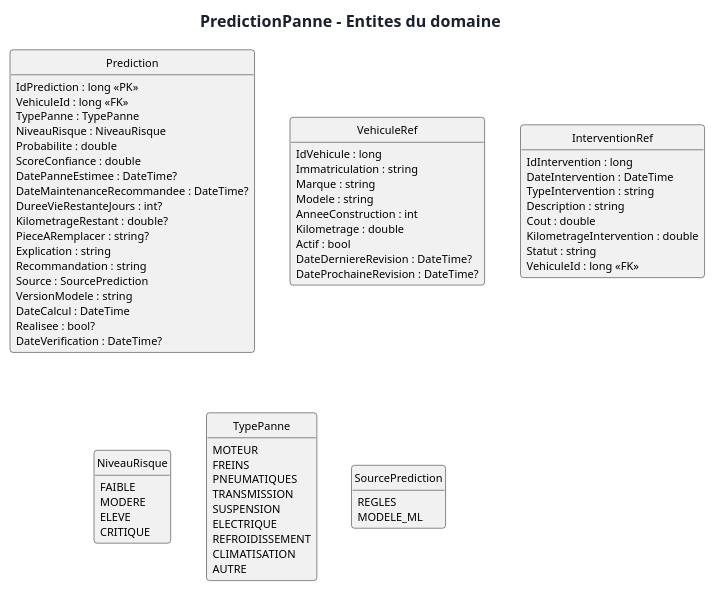
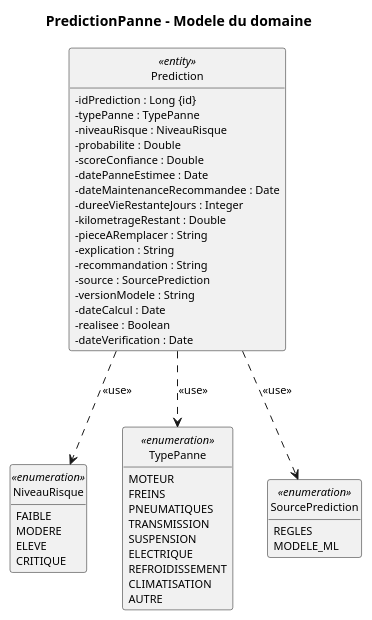
One commit to saber-barhoumi/Xpark-gmao changed the diagram in docs/diagrams/microservices/PredictionPanne/PredictionPanne-entities.puml. Above: the diagram before and after it, drawn with PlantUML. The commit also changed 37 other files, not shown here.

First line of the commit message:
docs(uml): correctifs semantiques sur les diagrammes des microservices

```diff
--- a/docs/diagrams/microservices/PredictionPanne/PredictionPanne-entities.puml
+++ b/docs/diagrams/microservices/PredictionPanne/PredictionPanne-entities.puml
@@ -1,83 +1,58 @@
 @startuml
 skinparam style strictuml
-skinparam backgroundColor #FFFFFF
+skinparam packageStyle rectangle
+skinparam classAttributeIconSize 0
 skinparam shadowing false
 skinparam defaultFontName Verdana
 skinparam defaultFontSize 11
-skinparam roundCorner 6
-skinparam ArrowColor #4A5568
-skinparam TitleFontSize 16
-skinparam TitleFontColor #1A202C
-skinparam NoteBackgroundColor #FFF8DC
-skinparam NoteBorderColor #D6BF7A
-skinparam componentStyle rectangle
+skinparam backgroundColor #FFFFFF
+hide empty members
 
-title PredictionPanne - Entites du domaine
+title PredictionPanne - Modele du domaine
 
-hide empty methods
-skinparam linetype ortho
-
-entity "Prediction" as Prediction {
-  IdPrediction : long <<PK>>
-  VehiculeId : long <<FK>>
-  TypePanne : TypePanne
-  NiveauRisque : NiveauRisque
-  Probabilite : double
-  ScoreConfiance : double
-  DatePanneEstimee : DateTime?
-  DateMaintenanceRecommandee : DateTime?
-  DureeVieRestanteJours : int?
-  KilometrageRestant : double?
-  PieceARemplacer : string?
-  Explication : string
-  Recommandation : string
-  Source : SourcePrediction
-  VersionModele : string
-  DateCalcul : DateTime
-  Realisee : bool?
-  DateVerification : DateTime?
+class Prediction <<entity>> {
+  -idPrediction : Long {id}
+  -typePanne : TypePanne
+  -niveauRisque : NiveauRisque
+  -probabilite : Double
+  -scoreConfiance : Double
+  -datePanneEstimee : Date
+  -dateMaintenanceRecommandee : Date
+  -dureeVieRestanteJours : Integer
+  -kilometrageRestant : Double
+  -pieceARemplacer : String
+  -explication : String
+  -recommandation : String
+  -source : SourcePrediction
+  -versionModele : String
+  -dateCalcul : Date
+  -realisee : Boolean
+  -dateVerification : Date
 }
-entity "VehiculeRef" as VehiculeRef {
-  IdVehicule : long
-  Immatriculation : string
-  Marque : string
-  Modele : string
-  AnneeConstruction : int
-  Kilometrage : double
-  Actif : bool
-  DateDerniereRevision : DateTime?
-  DateProchaineRevision : DateTime?
-}
-entity "InterventionRef" as InterventionRef {
-  IdIntervention : long
-  DateIntervention : DateTime
-  TypeIntervention : string
-  Description : string
-  Cout : double
-  KilometrageIntervention : double
-  Statut : string
-  VehiculeId : long <<FK>>
-}
-enum NiveauRisque {
+enum NiveauRisque <<enumeration>> {
   FAIBLE
   MODERE
   ELEVE
   CRITIQUE
 }
-enum TypePanne {
+enum TypePanne <<enumeration>> {
   MOTEUR
   FREINS
   PNEUMATIQUES
   TRANSMISSION
   SUSPENSION
   ELECTRIQUE
   REFROIDISSEMENT
   CLIMATISATION
   AUTRE
 }
-enum SourcePrediction {
+enum SourcePrediction <<enumeration>> {
   REGLES
   MODELE_ML
 }
 
+Prediction ..> NiveauRisque : << use >>
+Prediction ..> SourcePrediction : << use >>
+Prediction ..> TypePanne : << use >>
+
 @enduml
```
